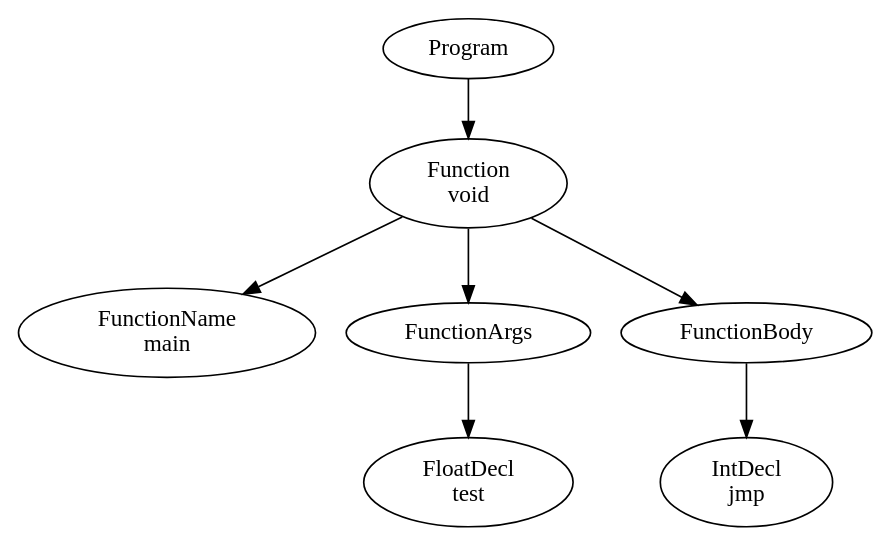
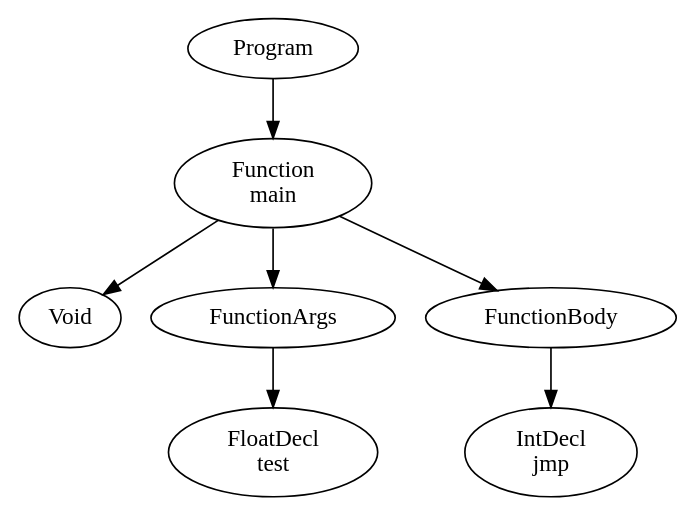
The diagram in official/res/solutions/mixedComments.dot (FedericoQuin/Compilers), drawn with Graphviz before and after one commit. The commit also changed 18 other files, not shown here.

```diff
--- a/official/res/solutions/mixedComments.dot
+++ b/official/res/solutions/mixedComments.dot
@@ -1,15 +1,15 @@
 digraph AST {
 1 [label="Program"];
-2 [label="Function \nvoid"];
-3 [label="FunctionName \nmain"];
+2 [label="Function \nmain"];
+3 [label="Void"];
 4 [label="FunctionArgs"];
 5 [label="FloatDecl \ntest"];
 4 -> 5;
 6 [label="FunctionBody"];
 7 [label="IntDecl \njmp"];
 6 -> 7;
 2 -> 3;
 2 -> 4;
 2 -> 6;
 1 -> 2;
 }
```
